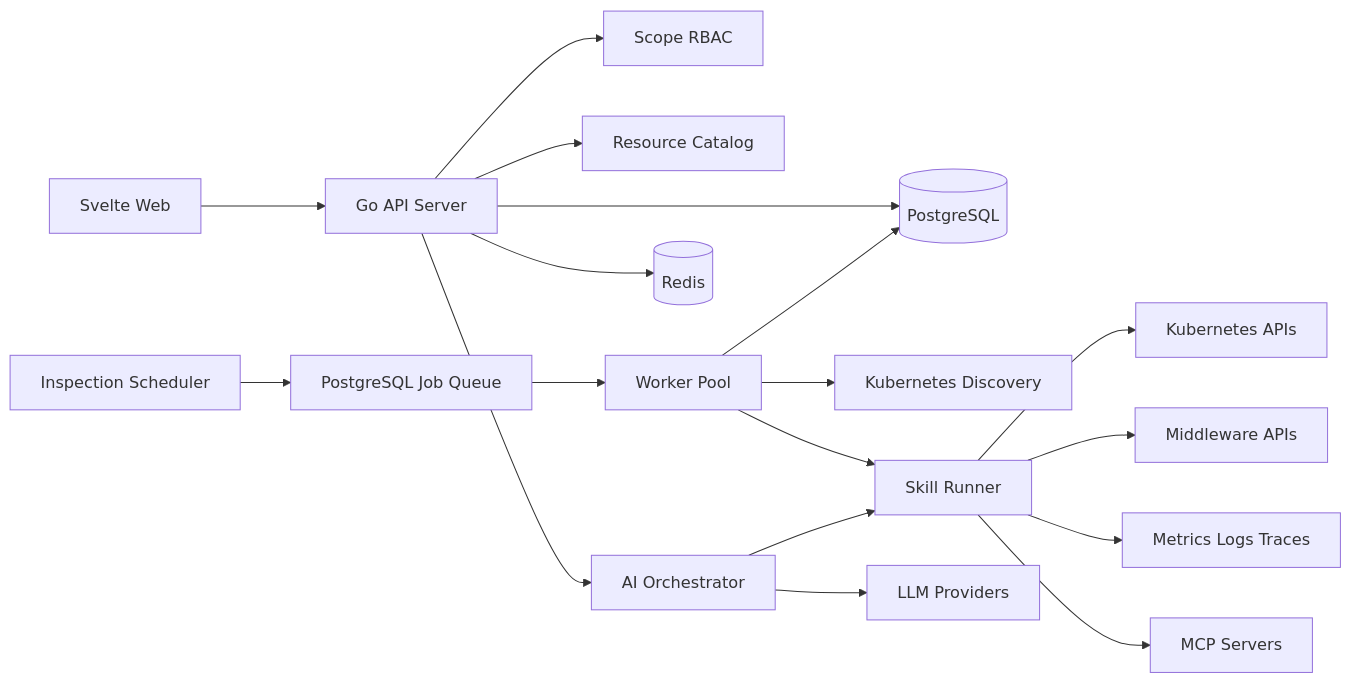
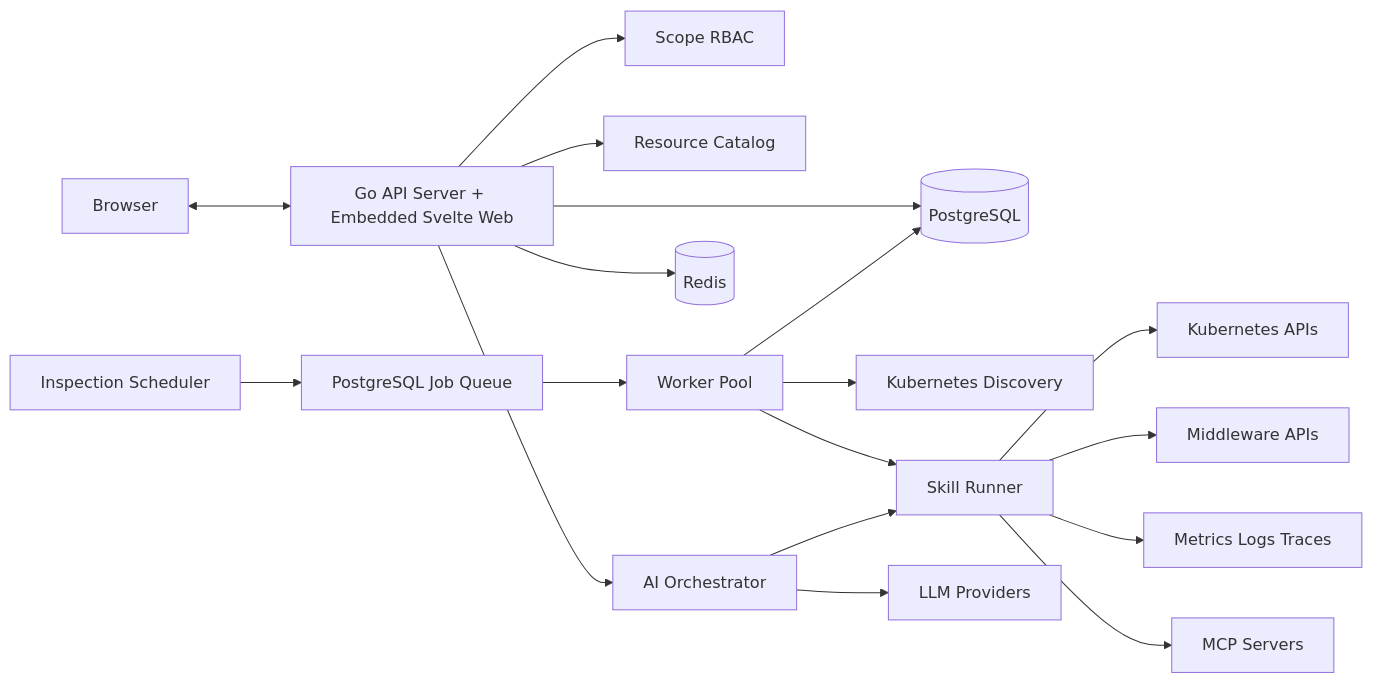
Before and after one commit to xshrim/opskeeper: the diagram in docs/design/architecture.md, drawn with Mermaid. The commit also changed other lines of this file and 31 other files, not shown here.

````diff
--- a/docs/design/architecture.md
+++ b/docs/design/architecture.md
@@ -35,20 +35,20 @@
 ```mermaid
 flowchart LR
-    UI[Svelte Web] --> API[Go API Server]
+    UI[Browser] <--> API[Go API Server + Embedded Svelte Web]
     API --> Auth[Scope RBAC]
     API --> Catalog[Resource Catalog]
     API --> AI[AI Orchestrator]
     API --> PG[(PostgreSQL)]
     API --> Redis[(Redis)]
     Scheduler[Inspection Scheduler] --> Jobs[PostgreSQL Job Queue]
     Jobs --> Worker[Worker Pool]
     Worker --> Discovery[Kubernetes Discovery]
     Worker --> Skills[Skill Runner]
     Skills --> K8S[Kubernetes APIs]
     Skills --> Middleware[Middleware APIs]
     Skills --> Observability[Metrics Logs Traces]
     Skills --> MCP[MCP Servers]
     AI --> LLM[LLM Providers]
     AI --> Skills
     Worker --> PG
 ```
````
